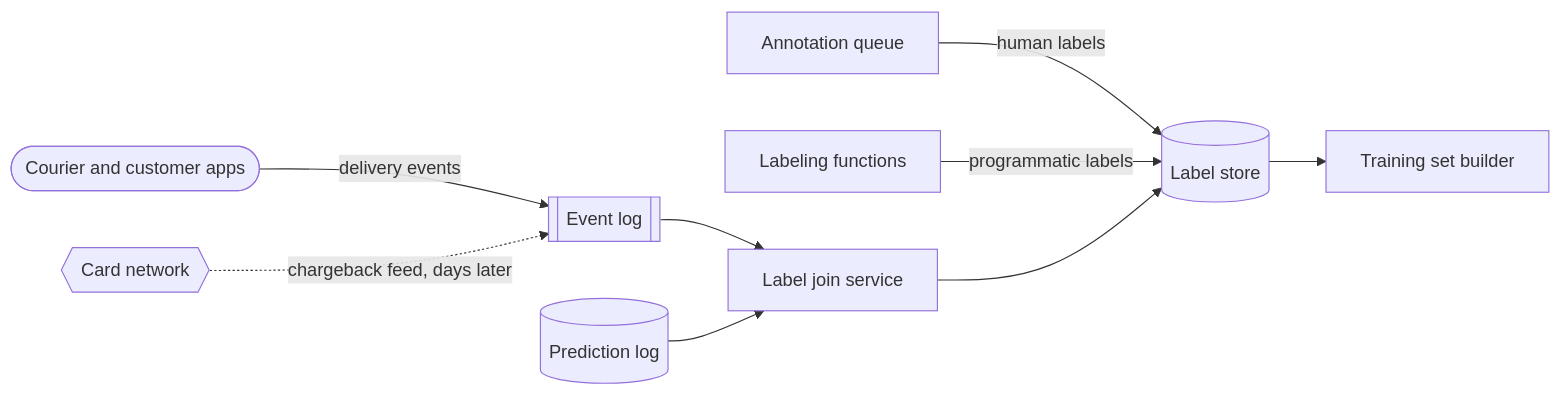
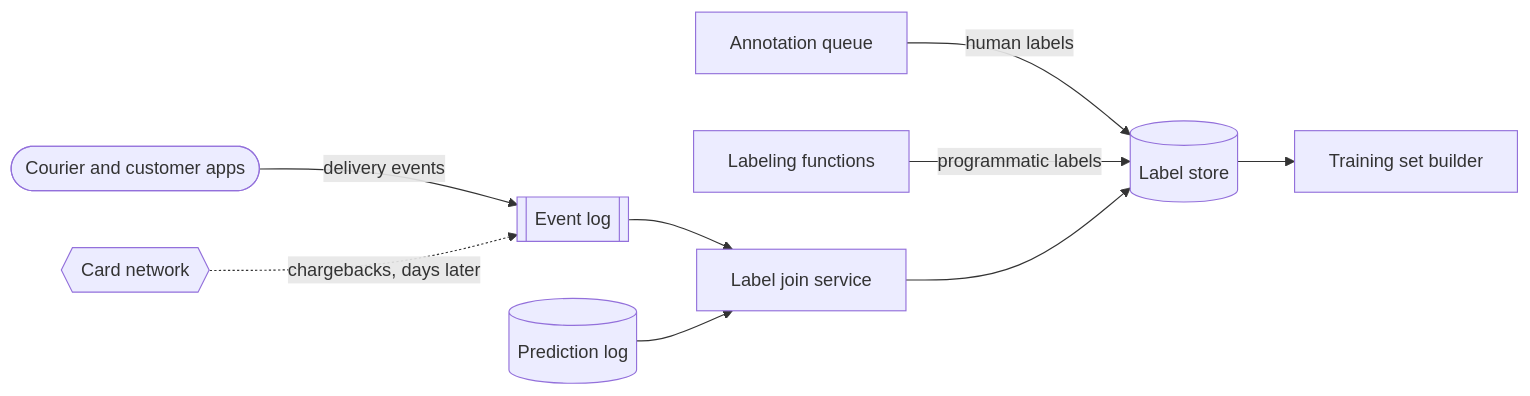
One commit to Sampath1-1-1/System-Design changed the second of 13 diagrams in manuscript/book2-ml-ai/63-data-labeling-quality.md. Above: the diagram before and after it, drawn with Mermaid. The commit also changed other lines of this file and 2 other files, not shown here.

````diff
--- a/manuscript/book2-ml-ai/63-data-labeling-quality.md
+++ b/manuscript/book2-ml-ai/63-data-labeling-quality.md
@@ -153,11 +126,11 @@
 ```mermaid
 flowchart LR
   APP([Courier and customer apps]) -->|delivery events| K[[Event log]]
-  CN{{Card network}} -.->|chargeback feed, days later| K
+  CN{{Card network}} -.->|chargebacks, days later| K
   K --> LJ[Label join service]
   PL[(Prediction log)] --> LJ
   HQ[Annotation queue] -->|human labels| LS[(Label store)]
   LF[Labeling functions] -->|programmatic labels| LS
   LJ --> LS
   LS --> TR[Training set builder]
 ```
````
